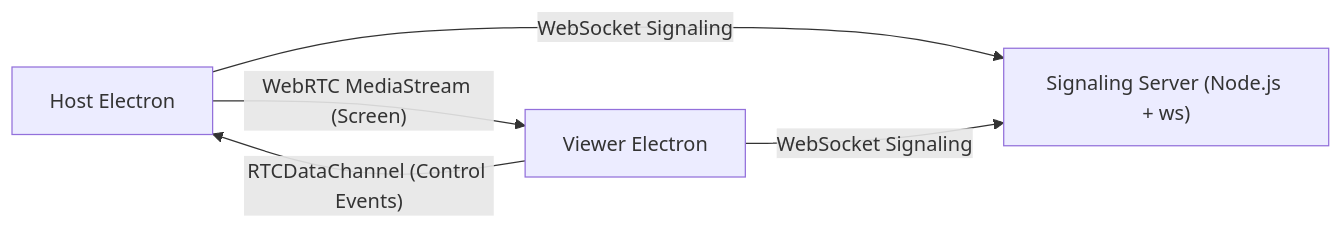
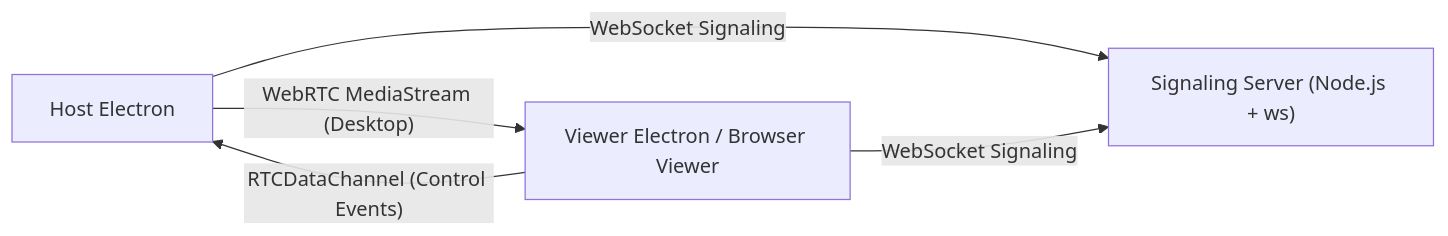
The diagram in README.md (SHIings/Remote-Desktop-WebRTC-MVP), drawn with Mermaid before and after one commit. The commit also changed other lines of this file and 16 other files, not shown here.

Commit message:
chore: harden architecture docs and signaling operations baseline

````diff
--- a/README.md
+++ b/README.md
@@ -28,12 +35,12 @@
 ```mermaid
 flowchart LR
   Host["Host Electron"]
-  Viewer["Viewer Electron"]
+  Viewer["Viewer Electron / Browser Viewer"]
   Signal["Signaling Server (Node.js + ws)"]
 
-  Host -- "WebRTC MediaStream (Screen)" --> Viewer
+  Host -- "WebRTC MediaStream (Desktop)" --> Viewer
   Viewer -- "RTCDataChannel (Control Events)" --> Host
 
   Host -- "WebSocket Signaling" --> Signal
   Viewer -- "WebSocket Signaling" --> Signal
 ```
````
